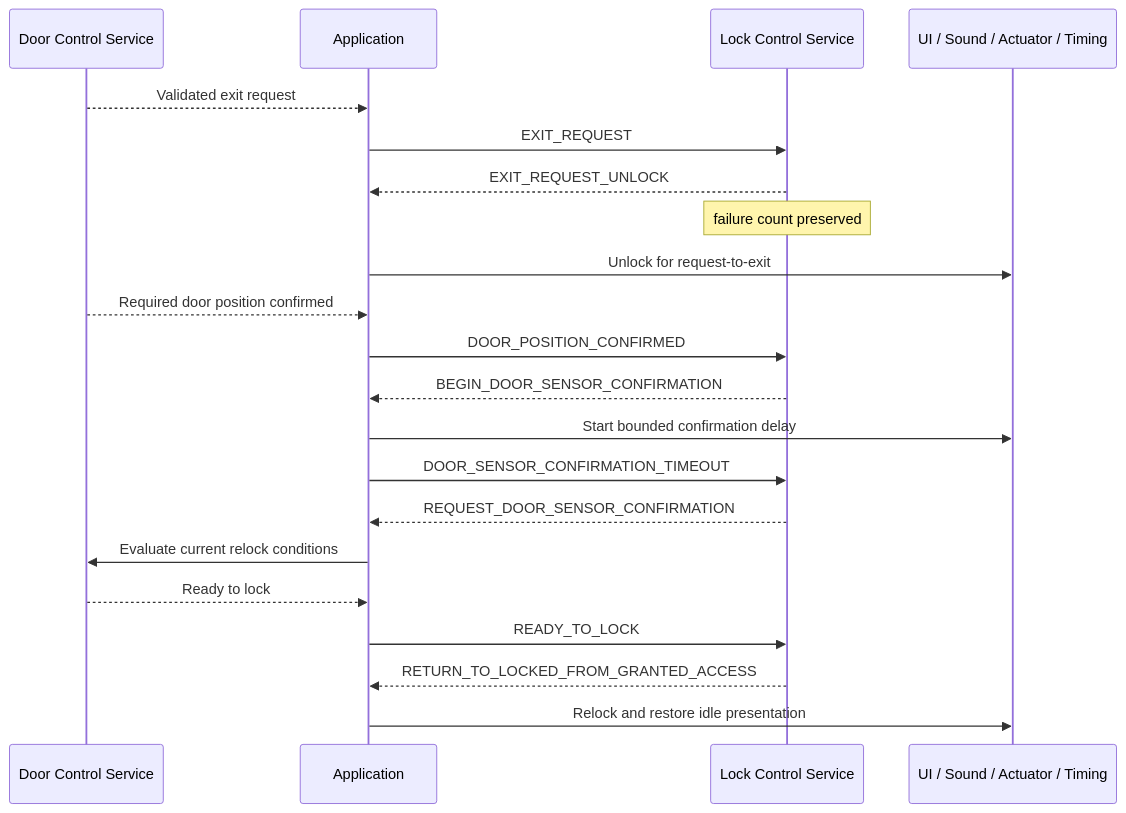
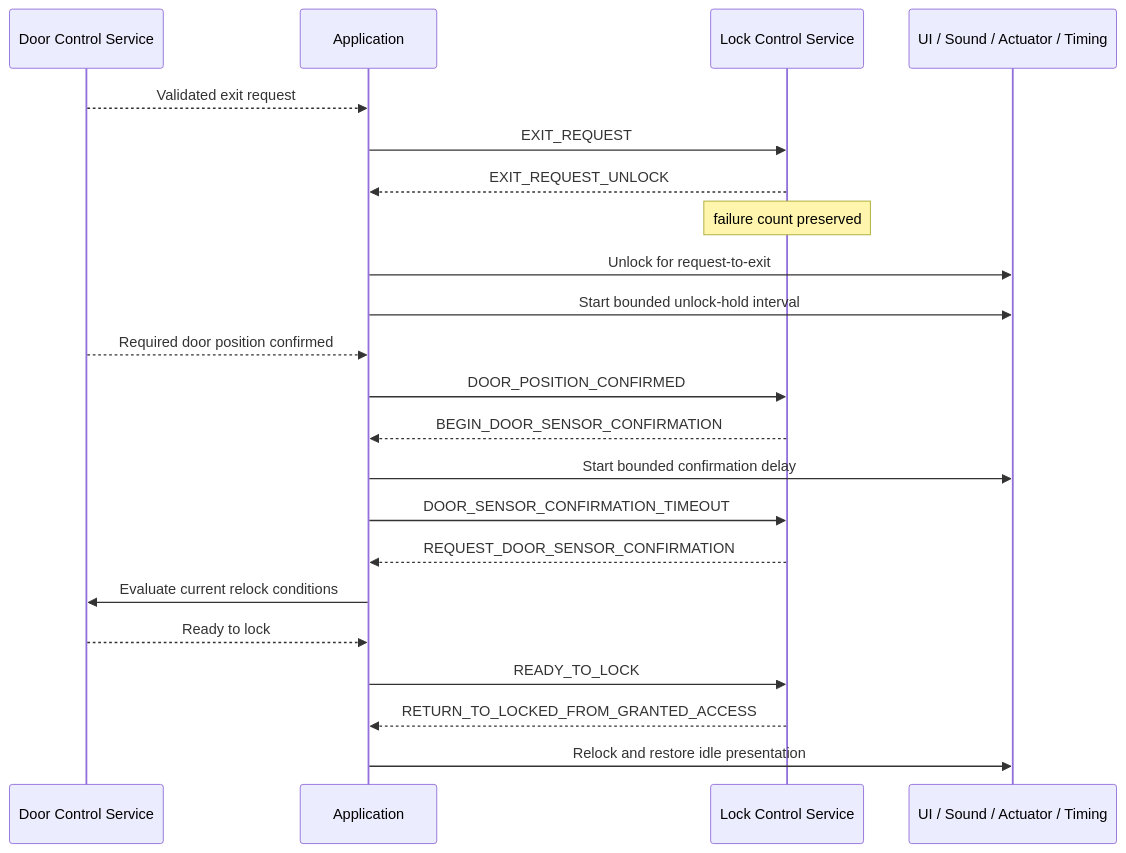
One commit to JP-REY/STM32F103C8T6-Based-Electronic-Lock changed the sixth of 8 diagrams in Libs/Services/Lock_Control/README.md. Above: the diagram before and after it, drawn with Mermaid. The commit also changed other lines of this file and 2 other files, not shown here.

First line of the commit message:
feature(lock-control): add door-held-open recovery flow

````diff
--- a/Libs/Services/Lock_Control/README.md
+++ b/Libs/Services/Lock_Control/README.md
@@ -1228,26 +1278,27 @@
 ```mermaid
 sequenceDiagram
     participant DCS as Door Control Service
     participant APP as Application
     participant LCS as Lock Control Service
     participant FX as UI / Sound / Actuator / Timing
 
     DCS-->>APP: Validated exit request
     APP->>LCS: EXIT_REQUEST
     LCS-->>APP: EXIT_REQUEST_UNLOCK
     Note over LCS: failure count preserved
     APP->>FX: Unlock for request-to-exit
+    APP->>FX: Start bounded unlock-hold interval
 
     DCS-->>APP: Required door position confirmed
     APP->>LCS: DOOR_POSITION_CONFIRMED
     LCS-->>APP: BEGIN_DOOR_SENSOR_CONFIRMATION
     APP->>FX: Start bounded confirmation delay
 
     APP->>LCS: DOOR_SENSOR_CONFIRMATION_TIMEOUT
     LCS-->>APP: REQUEST_DOOR_SENSOR_CONFIRMATION
     APP->>DCS: Evaluate current relock conditions
     DCS-->>APP: Ready to lock
     APP->>LCS: READY_TO_LOCK
     LCS-->>APP: RETURN_TO_LOCKED_FROM_GRANTED_ACCESS
     APP->>FX: Relock and restore idle presentation
 ```
````
